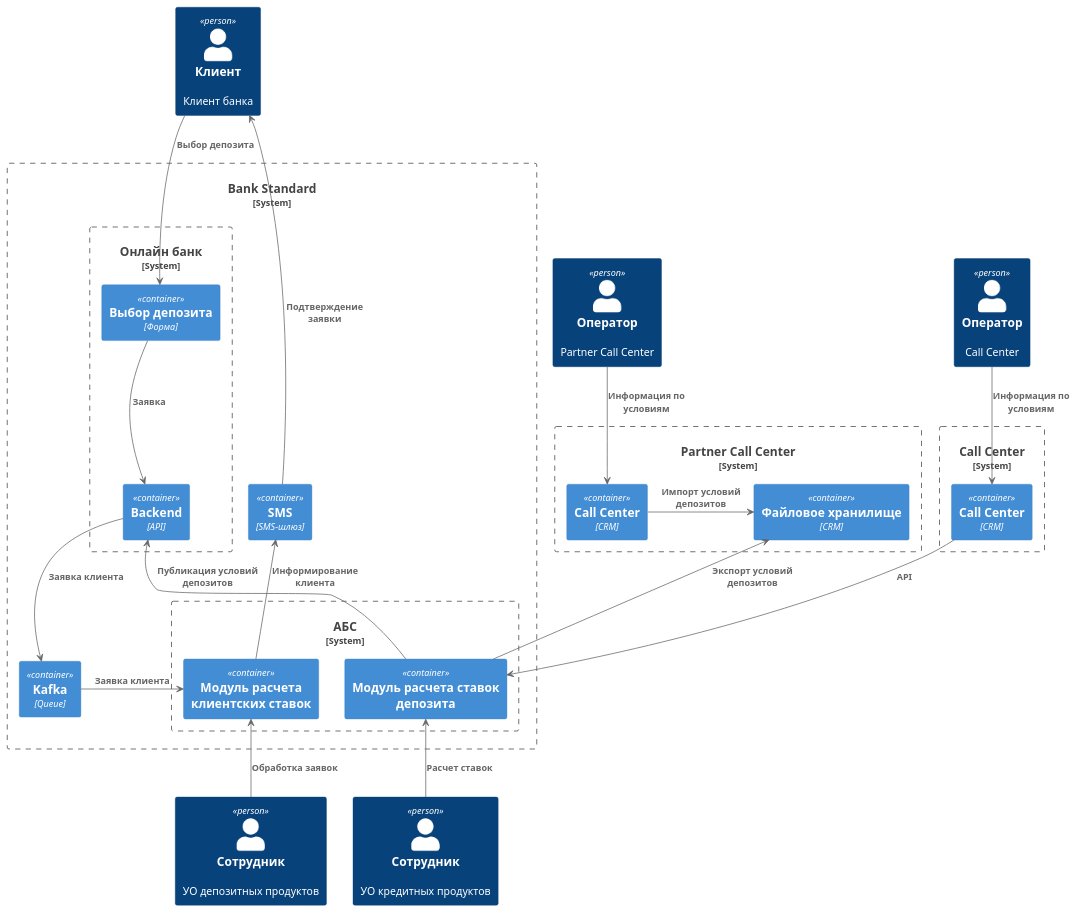
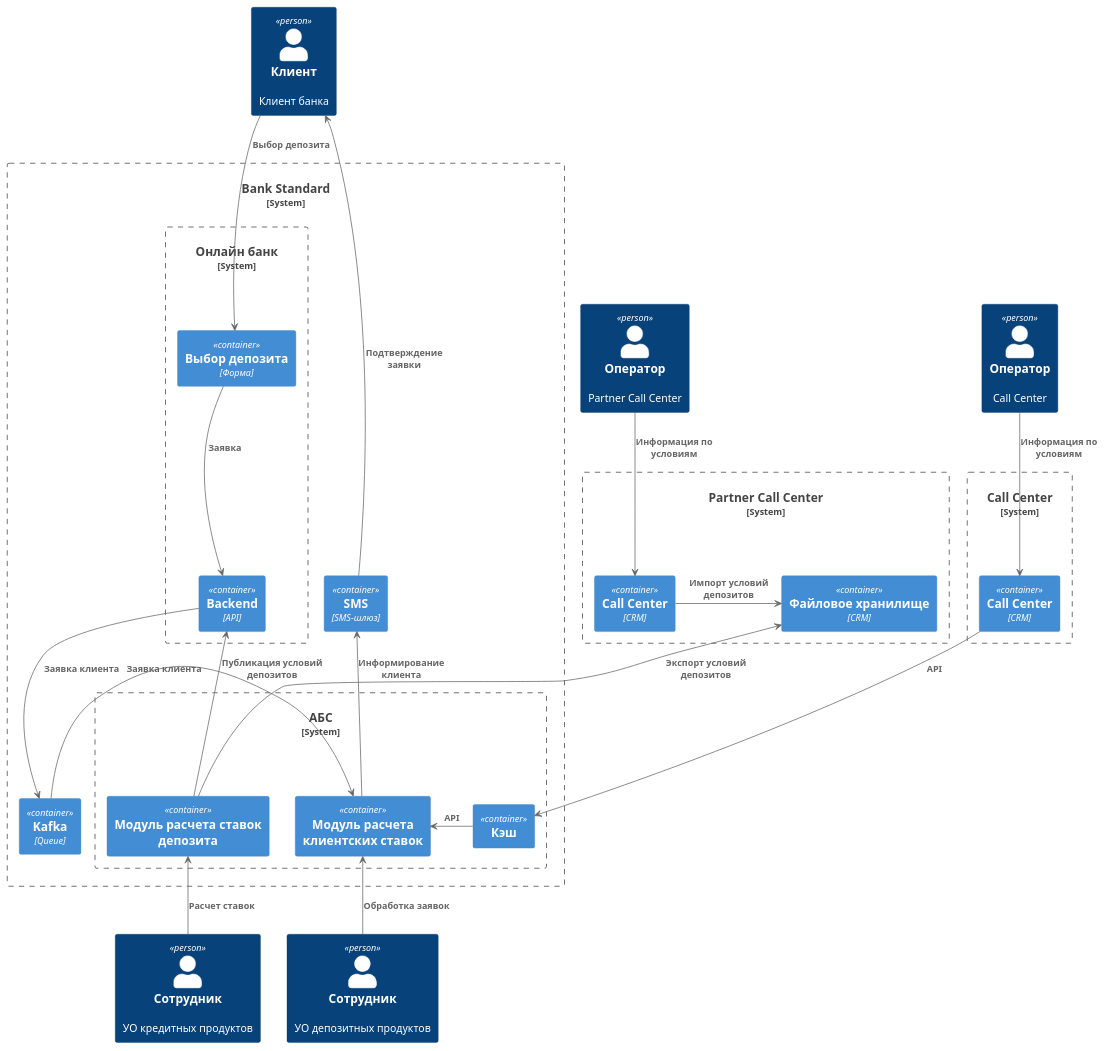
The diagram in Task4/context.puml (Kraktorist/standard), drawn with PlantUML before and after one commit. The commit also changed 5 other files, not shown here.

```diff
--- a/Task4/context.puml
+++ b/Task4/context.puml
@@ -1,52 +1,54 @@
 @startuml context
 !includeurl https://raw.githubusercontent.com/plantuml-stdlib/C4-PlantUML/master/C4_Container.puml
 
 'top to bottom direction
 
 Person(customer, "Клиент", "Клиент банка")
 Person(ccOperator, "Оператор", "Call Center")
 Person(pccOperator, "Оператор", "Partner Call Center")
 Person(boDeposit, "Сотрудник", "УО депозитных продуктов")
 Person(boCredit, "Сотрудник", "УО кредитных продуктов")
 System_Boundary(Bank, "Bank Standard") {
 
     Container(sms, "SMS", "SMS-шлюз")
     Container(queue, "Kafka", "Queue")
 
   System_Boundary(website, "Онлайн банк") {
     Container(depositeAPI, "Backend", "API")
     Container(depositeForm, "Выбор депозита", "Форма")
   }
   System_Boundary(abs, "АБС") {
     Container(depositeModule, "Модуль расчета ставок депозита")
     Container(customerModule, "Модуль расчета клиентских ставок")
+    Container(customerModuleCache, "Кэш")
   }
 }
 
 System_Boundary(pcallCenter, "Partner Call Center") {
   Container(pcrmCC, "Call Center", "CRM")
   Container(storageCC, "Файловое хранилище", "CRM")
 }
 
 System_Boundary(callCenter, "Call Center") {
   Container(crmCC, "Call Center", "CRM")
 }
 
 Rel_(ccOperator, crmCC, "Информация по условиям", "-DOWN->")
-Rel_(crmCC, depositeModule, "API", "-DOWN->")
+Rel_(crmCC, customerModuleCache, "API", "-DOWN->")
+Rel_(customerModuleCache, customerModule, "API", "-LEFT->")
 
 Rel_(pccOperator, pcrmCC, "Информация по условиям", "-DOWN->")
 Rel_(depositeModule, storageCC, "Экспорт условий депозитов","-UP->")
 Rel_(pcrmCC, storageCC, "Импорт условий депозитов","-RIGHT->")
 
 Rel_(customer, depositeForm, "Выбор депозита", "-DOWN->")
 Rel_(sms, customer, "Подтверждение заявки","-UP->")
 
 Rel_(depositeForm, depositeAPI, "Заявка", "-DOWN->")
 Rel_(boCredit, depositeModule, "Расчет ставок", "-UP->")
 Rel_(boDeposit, customerModule, "Обработка заявок", "-UP->")
 Rel_(depositeModule, depositeAPI, "Публикация условий депозитов","-UP->")
 Rel_(depositeAPI, queue, "Заявка клиента","-RIGHT->")
 Rel_(queue, customerModule, "Заявка клиента","-LEFT->")
 Rel_(customerModule, sms, "Информирование клиента","-UP->")
 @enduml
```
